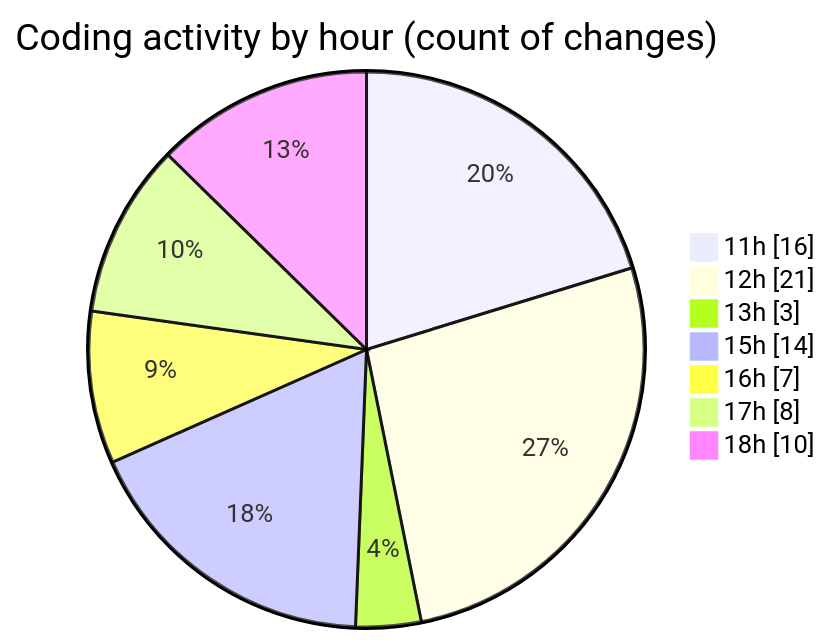
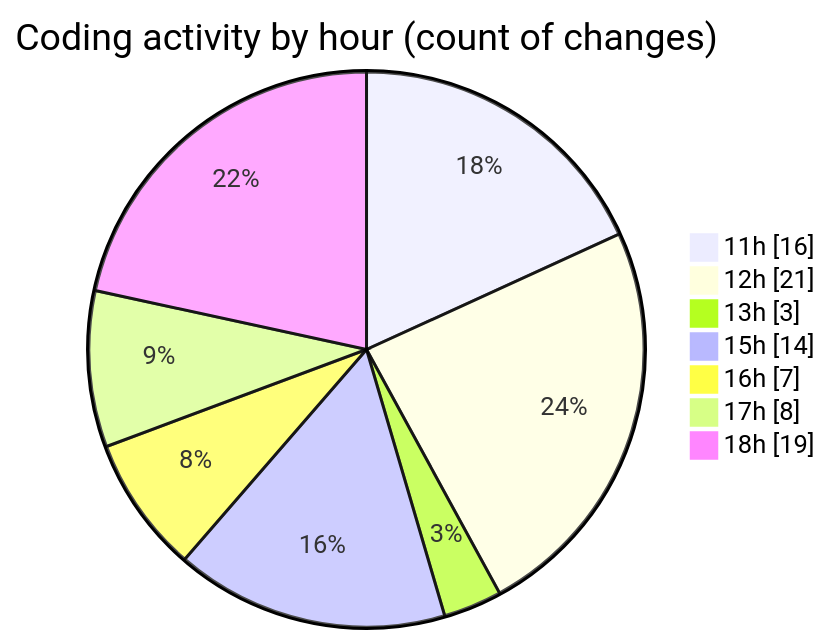
One commit to nxtqubesakshisongat/code-tracking changed the second of 2 diagrams in 2025-09-30/nxtqube_webapp/README.md. Above: the diagram before and after it, drawn with Mermaid. The commit also changed other lines of this file and 1 other file, not shown here.

````diff
--- a/2025-09-30/nxtqube_webapp/README.md
+++ b/2025-09-30/nxtqube_webapp/README.md
@@ -34,11 +34,11 @@
 ```mermaid
 pie showData
 title Coding activity by hour (count of changes)
 "11h" : 16
 "12h" : 21
 "13h" : 3
 "15h" : 14
 "16h" : 7
 "17h" : 8
-"18h" : 10
+"18h" : 19
 ```
````
